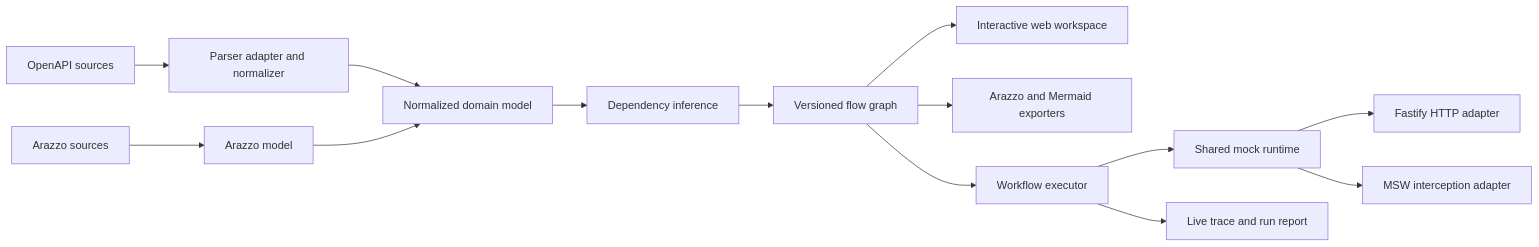
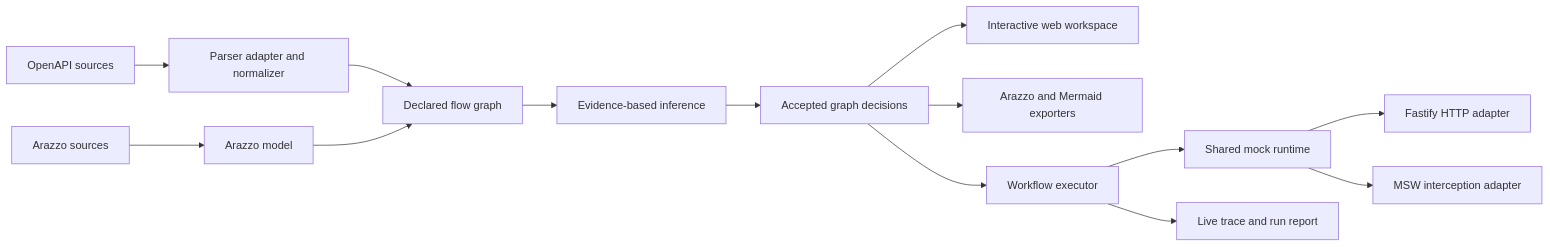
Before and after one commit to eric861129/API-Schema-Flow: the diagram in README.md, drawn with Mermaid. The commit also changed other lines of this file and 44 other files, not shown here.

First line of the commit message:
feat: add M2-B declared flow graph foundation

````diff
--- a/README.md
+++ b/README.md
@@ -149,16 +153,16 @@
 ```mermaid
 flowchart LR
     OA[OpenAPI sources] --> ING[Parser adapter and normalizer]
     AR[Arazzo sources] --> WF[Arazzo model]
-    ING --> DOM[Normalized domain model]
-    WF --> DOM
-    DOM --> INF[Dependency inference]
-    INF --> GRAPH[Versioned flow graph]
-    GRAPH --> UI[Interactive web workspace]
-    GRAPH --> EXP[Arazzo and Mermaid exporters]
-    GRAPH --> RUN[Workflow executor]
+    ING --> FLOW[Declared flow graph]
+    WF --> FLOW
+    FLOW --> INF[Evidence-based inference]
+    INF --> REVIEW[Accepted graph decisions]
+    REVIEW --> UI[Interactive web workspace]
+    REVIEW --> EXP[Arazzo and Mermaid exporters]
+    REVIEW --> RUN[Workflow executor]
     RUN --> RT[Shared mock runtime]
     RT --> FAST[Fastify HTTP adapter]
     RT --> MSW[MSW interception adapter]
     RUN --> TRACE[Live trace and run report]
 ```
````
